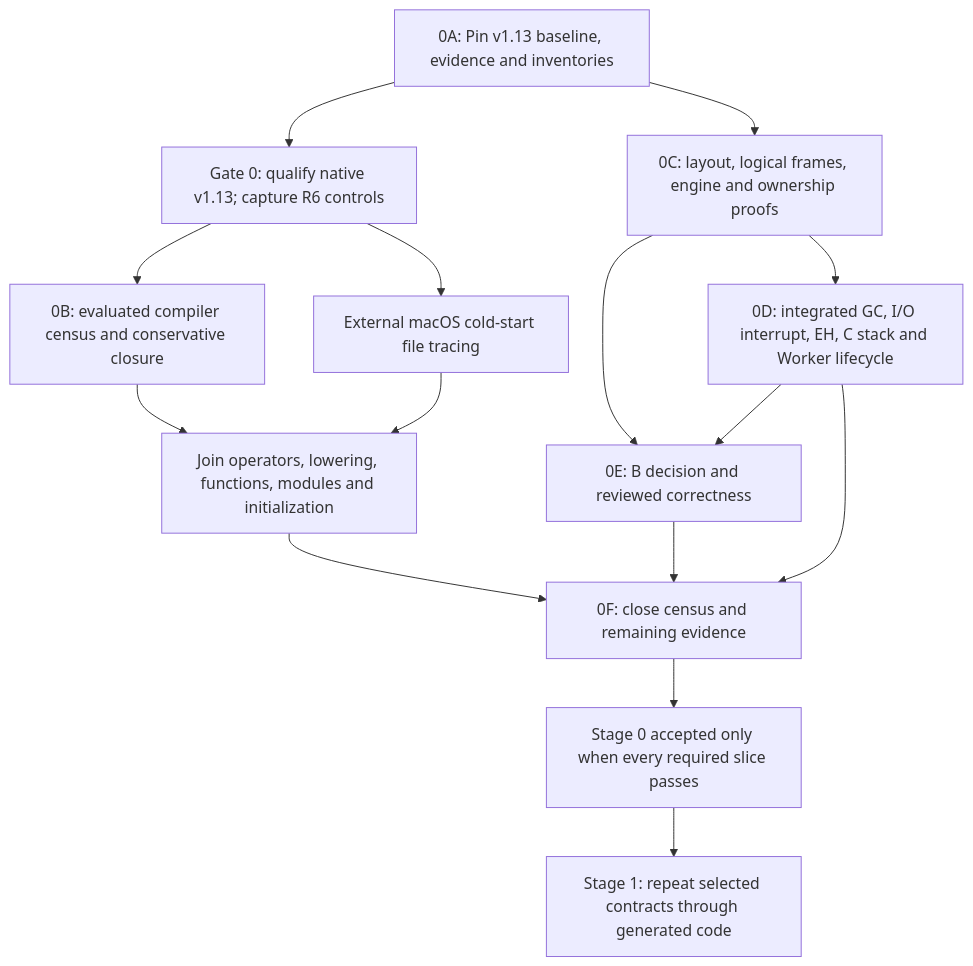
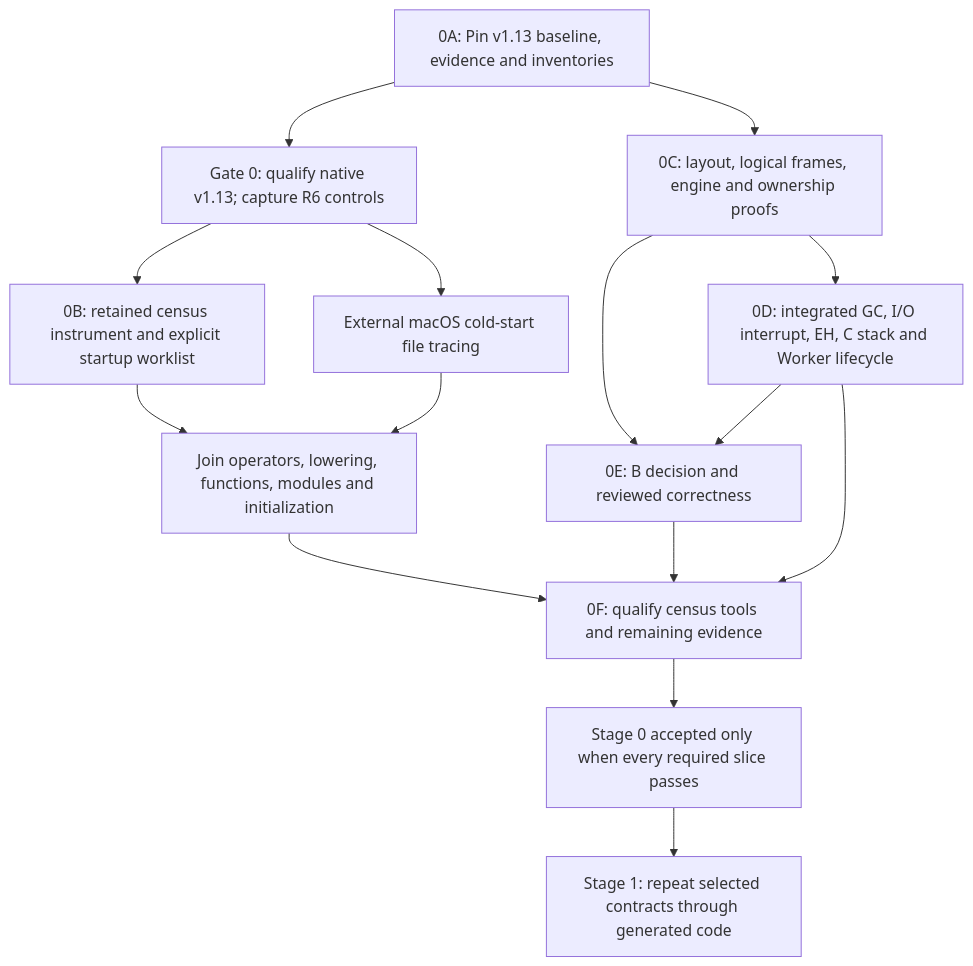
Before and after one commit to snethert/ccl: the diagram in doc/WASM/workflow.md, drawn with Mermaid. The commit also changed other lines of this file and 27 other files, not shown here.

````diff
--- a/doc/WASM/workflow.md
+++ b/doc/WASM/workflow.md
@@ -5,18 +5,18 @@
 ```mermaid
 flowchart TD
     A[0A: Pin v1.13 baseline, evidence and inventories]
     A --> G[Gate 0: qualify native v1.13; capture R6 controls]
-    G --> C[0B: evaluated compiler census and conservative closure]
+    G --> C[0B: retained census instrument and explicit startup worklist]
     G --> T[External macOS cold-start file tracing]
     C --> J[Join operators, lowering, functions, modules and initialization]
     T --> J
     A --> P[0C: layout, logical frames, engine and ownership proofs]
     P --> I[0D: integrated GC, I/O interrupt, EH, C stack and Worker lifecycle]
     P --> B[0E: B decision and reviewed correctness]
     I --> B
-    J --> Q[0F: close census and remaining evidence]
+    J --> Q[0F: qualify census tools and remaining evidence]
     B --> Q
     I --> Q
     Q --> S[Stage 0 accepted only when every required slice passes]
     S --> N[Stage 1: repeat selected contracts through generated code]
 ```
````
